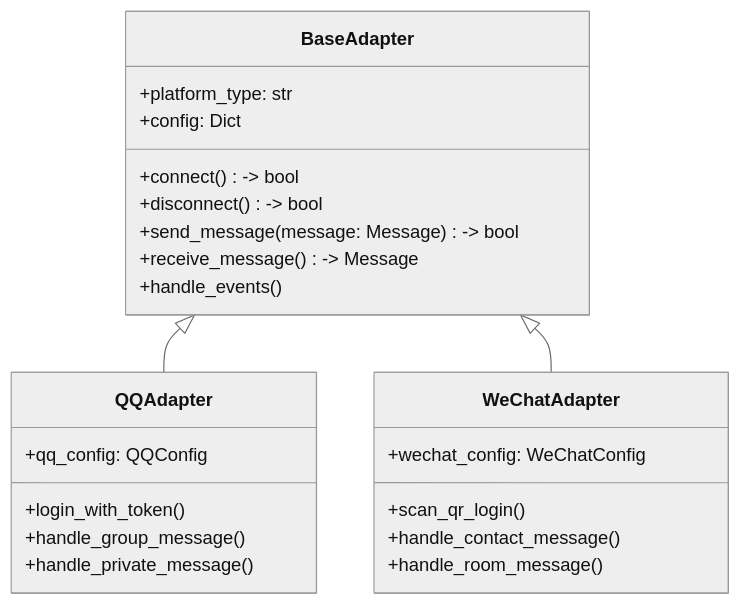
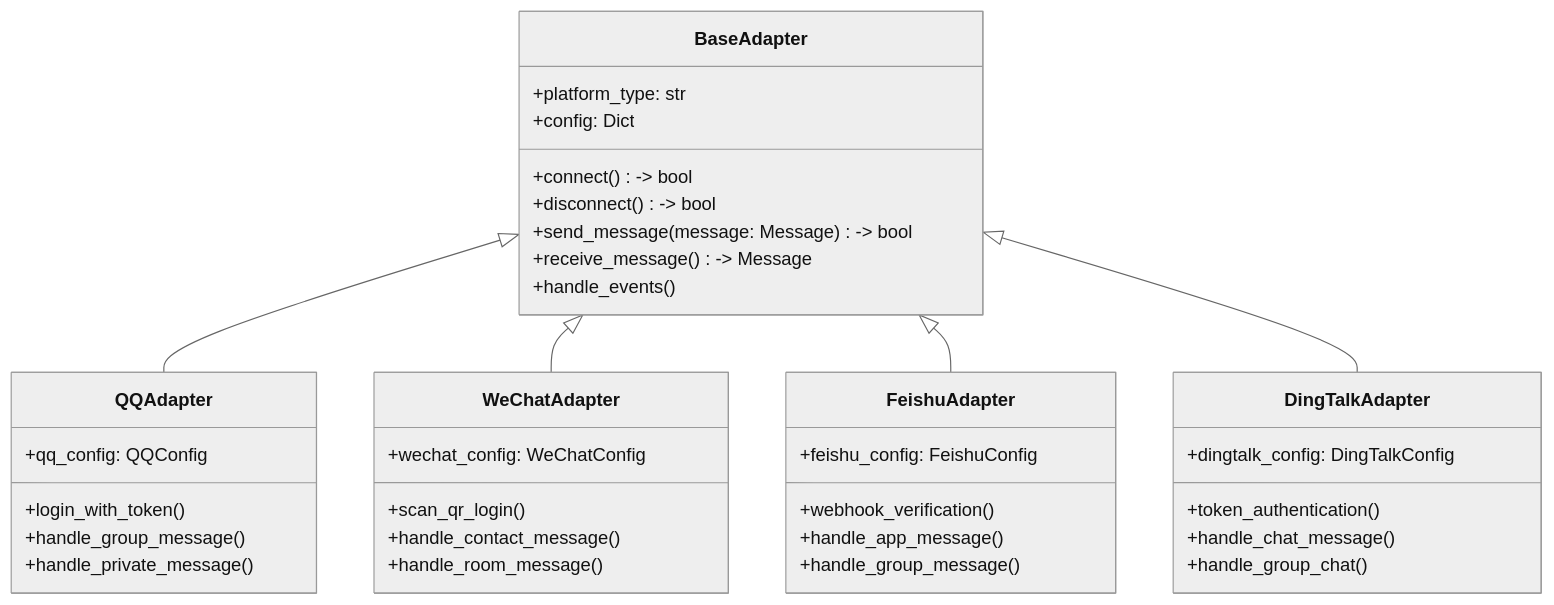
The second of 30 diagrams in open-source-im-robot-platform.md (WYZlalalaugh/ChatWithAgent), drawn with Mermaid (neutral theme) before and after one commit. The commit also changed other lines of this file, not shown here.

````diff
--- a/open-source-im-robot-platform.md
+++ b/open-source-im-robot-platform.md
@@ -104,29 +112,45 @@
 ```mermaid
 classDiagram
     class BaseAdapter {
         +platform_type: str
         +config: Dict
         +connect() -> bool
         +disconnect() -> bool
         +send_message(message: Message) -> bool
         +receive_message() -> Message
         +handle_events()
     }
     
     class QQAdapter {
         +qq_config: QQConfig
         +login_with_token()
         +handle_group_message()
         +handle_private_message()
     }
     
     class WeChatAdapter {
         +wechat_config: WeChatConfig
         +scan_qr_login()
         +handle_contact_message()
         +handle_room_message()
     }
     
+    class FeishuAdapter {
+        +feishu_config: FeishuConfig
+        +webhook_verification()
+        +handle_app_message()
+        +handle_group_message()
+    }
+    
+    class DingTalkAdapter {
+        +dingtalk_config: DingTalkConfig
+        +token_authentication()
+        +handle_chat_message()
+        +handle_group_chat()
+    }
+    
     BaseAdapter <|-- QQAdapter
     BaseAdapter <|-- WeChatAdapter
+    BaseAdapter <|-- FeishuAdapter
+    BaseAdapter <|-- DingTalkAdapter
 ```
````
